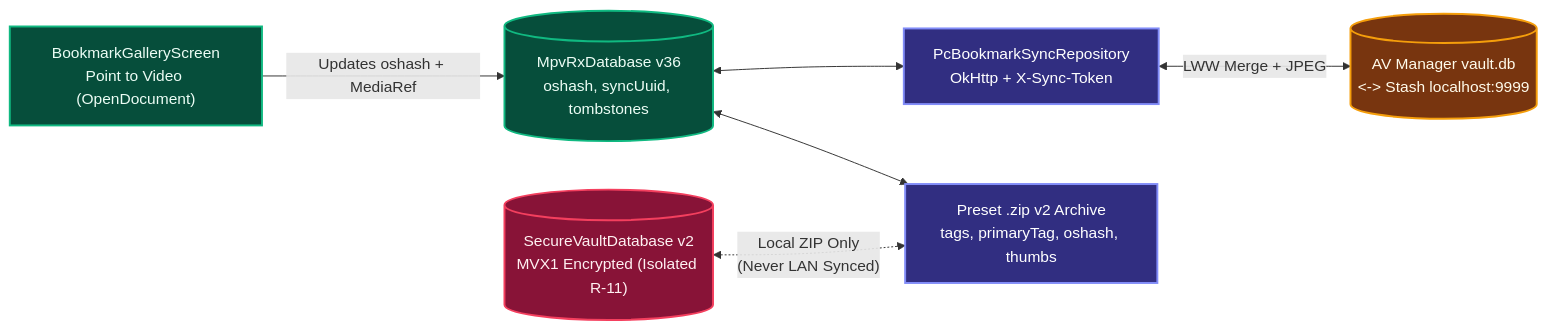
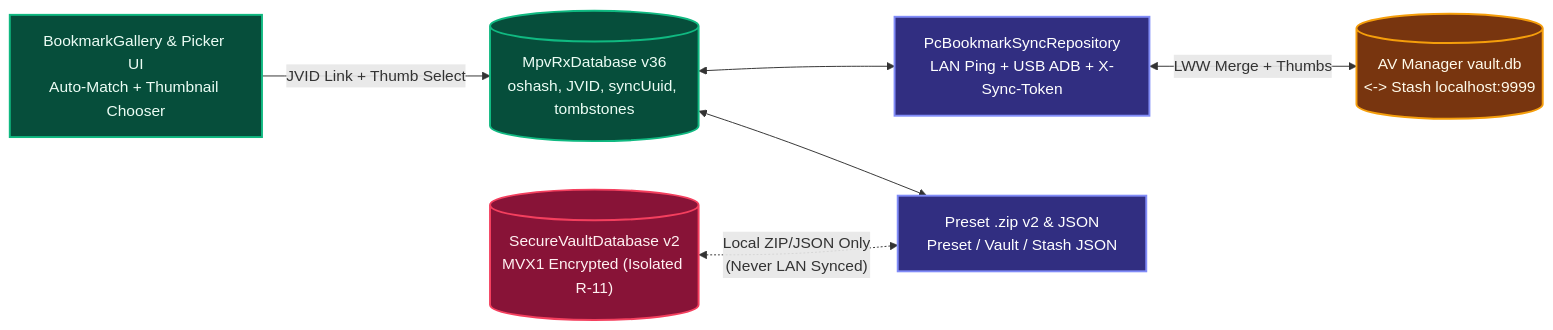
The ninth of 9 diagrams in docs/ARCHITECTURE.md (Mostakim2005/mpvRx), drawn with Mermaid before and after one commit. The commit also changed other lines of this file and 21 other files, not shown here.

````diff
--- a/docs/ARCHITECTURE.md
+++ b/docs/ARCHITECTURE.md
@@ -334,19 +334,19 @@
 ```mermaid
 flowchart LR
     classDef publicDb fill:#064e3b,stroke:#10b981,stroke-width:2px,color:#ecfdf5
     classDef secureDb fill:#881337,stroke:#f43f5e,stroke-width:2px,color:#fff1f2
     classDef syncNode fill:#312e81,stroke:#818cf8,stroke-width:2px,color:#ffffff
     classDef pcHub fill:#78350f,stroke:#f59e0b,stroke-width:2px,color:#fffbeb
 
-    PublicDB[("MpvRxDatabase v36\noshash, syncUuid, tombstones")]:::publicDb
+    PublicDB[("MpvRxDatabase v36\noshash, JVID, syncUuid, tombstones")]:::publicDb
     SecureDB[("SecureVaultDatabase v2\nMVX1 Encrypted (Isolated R-11)")]:::secureDb
-    PresetV2["Preset .zip v2 Archive\ntags, primaryTag, oshash, thumbs"]:::syncNode
-    SyncRepo["PcBookmarkSyncRepository\nOkHttp + X-Sync-Token"]:::syncNode
+    PresetV2["Preset .zip v2 & JSON\nPreset / Vault / Stash JSON"]:::syncNode
+    SyncRepo["PcBookmarkSyncRepository\nLAN Ping + USB ADB + X-Sync-Token"]:::syncNode
     AvHub[("AV Manager vault.db\n<-> Stash localhost:9999")]:::pcHub
-    OrphanUI["BookmarkGalleryScreen\nPoint to Video (OpenDocument)"]:::publicDb
+    OrphanUI["BookmarkGallery & Picker UI\nAuto-Match + Thumbnail Chooser"]:::publicDb
 
-    PublicDB <--> SyncRepo <-->|LWW Merge + JPEG| AvHub
+    PublicDB <--> SyncRepo <-->|LWW Merge + Thumbs| AvHub
     PublicDB <--> PresetV2
-    SecureDB <-.->|"Local ZIP Only\n(Never LAN Synced)"| PresetV2
-    OrphanUI -->|Updates oshash + MediaRef| PublicDB
+    SecureDB <-.->|"Local ZIP/JSON Only\n(Never LAN Synced)"| PresetV2
+    OrphanUI -->|JVID Link + Thumb Select| PublicDB
 ```
````
